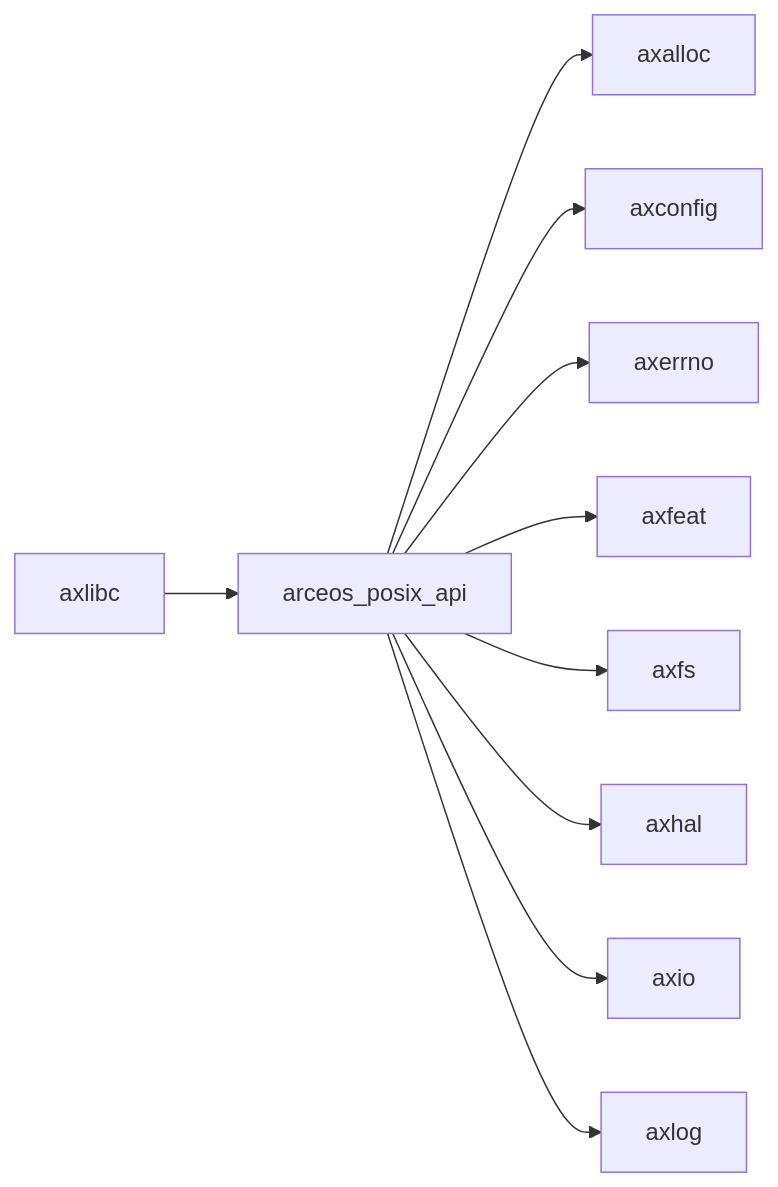
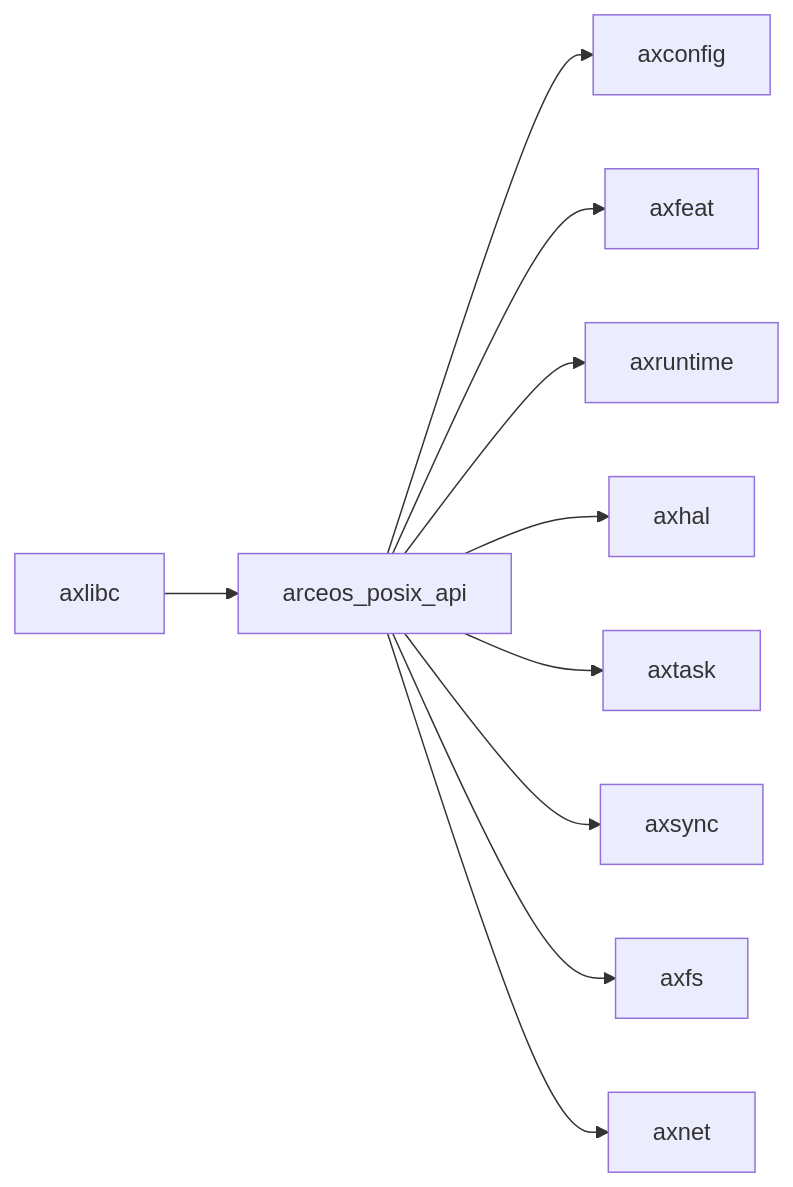
The second of 2 diagrams in docs/crates/arceos_posix_api.md (rcore-os/tgoskits), drawn with Mermaid before and after one commit. The commit also changed other lines of this file and 99 other files, not shown here.

````diff
--- a/docs/crates/arceos_posix_api.md
+++ b/docs/crates/arceos_posix_api.md
@@ -34,13 +133,12 @@
 ```mermaid
 graph LR
-    current["arceos_posix_api"]
-    current --> axalloc["axalloc"]
-    current --> axconfig["axconfig"]
-    current --> axerrno["axerrno"]
-    current --> axfeat["axfeat"]
-    current --> axfs["axfs"]
-    current --> axhal["axhal"]
-    current --> axio["axio"]
-    current --> axlog["axlog"]
-    axlibc["axlibc"] --> current
+    axlibc["axlibc"] --> posix["arceos_posix_api"]
+    posix --> axconfig["axconfig"]
+    posix --> axfeat["axfeat"]
+    posix --> axruntime["axruntime"]
+    posix --> axhal["axhal"]
+    posix --> axtask["axtask"]
+    posix --> axsync["axsync"]
+    posix --> axfs["axfs"]
+    posix --> axnet["axnet"]
 ```
````
